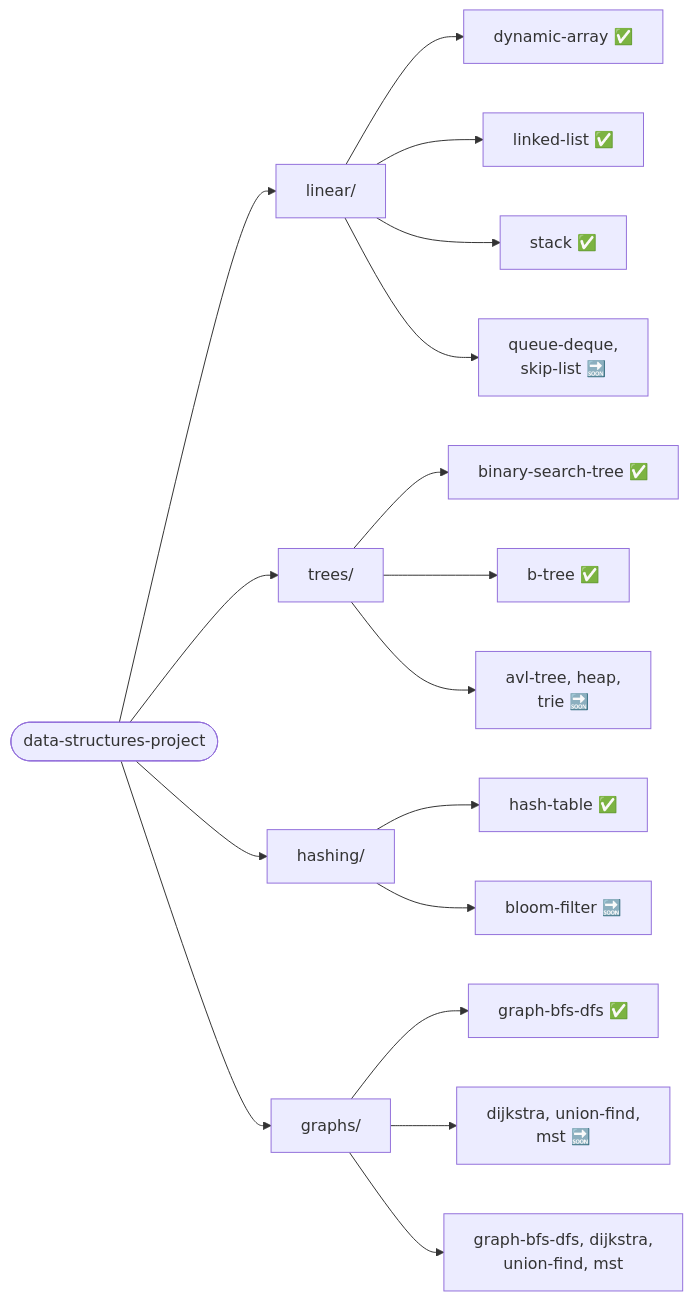
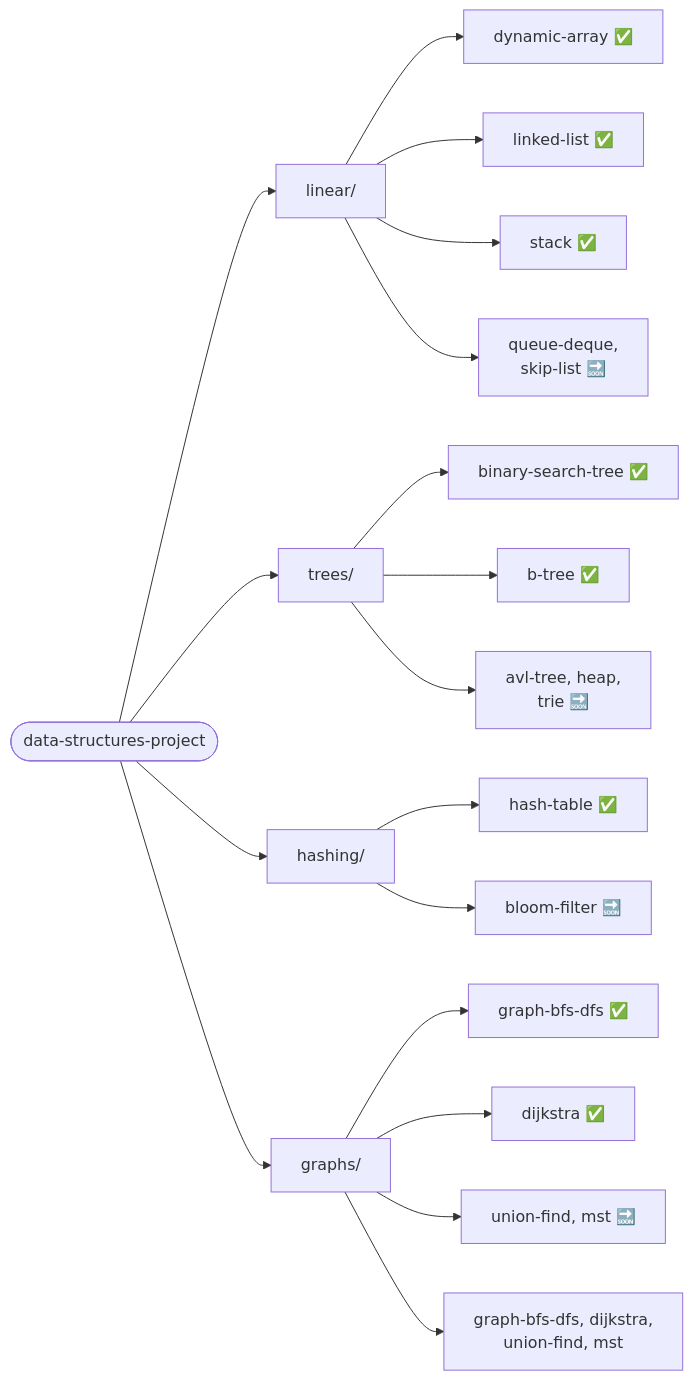
One commit to leon-lourenco/data-structures-project changed the diagram in README.md. Above: the diagram before and after it, drawn with Mermaid. The commit also changed other lines of this file and 8 other files, not shown here.

````diff
--- a/README.md
+++ b/README.md
@@ -62,19 +62,20 @@
 ```mermaid
 flowchart LR
     Root(["data-structures-project"]) --> Linear["linear/"]
     Root --> Trees["trees/"]
     Root --> Hashing["hashing/"]
     Root --> Graphs["graphs/"]
     Linear --> DynamicArray["dynamic-array ✅"]
     Linear --> LinkedList["linked-list ✅"]
     Linear --> StackMod["stack ✅"]
     Linear --> LinearRest["queue-deque,\nskip-list 🔜"]
     Trees --> BST["binary-search-tree ✅"]
     Trees --> BTree["b-tree ✅"]
     Trees --> TreesRest["avl-tree, heap,\ntrie 🔜"]
     Hashing --> HashTable["hash-table ✅"]
     Hashing --> HashingRest["bloom-filter 🔜"]
     Graphs --> GraphBfsDfs["graph-bfs-dfs ✅"]
-    Graphs --> GraphsRest["dijkstra, union-find,\nmst 🔜"]
+    Graphs --> Dijkstra["dijkstra ✅"]
+    Graphs --> GraphsRest["union-find, mst 🔜"]
     Graphs --> GraphsMods["graph-bfs-dfs, dijkstra,\nunion-find, mst"]
 ```
````
